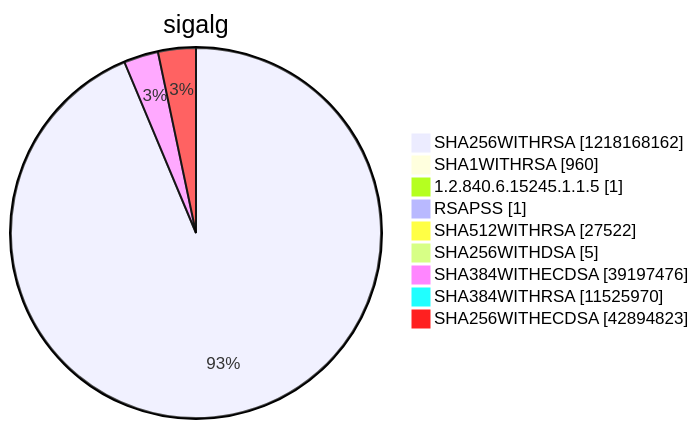
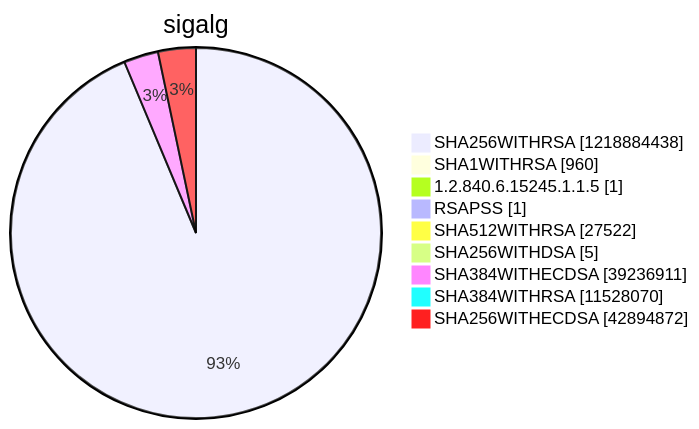
Before and after one commit to christiankrug/ctmonitor_visualization: diagram 15 of 15 in argon2022/README.md, drawn with Mermaid. The commit also changed other lines of this file, not shown here.

````diff
--- a/argon2022/README.md
+++ b/argon2022/README.md
@@ -5521,13 +5521,13 @@
 ```mermaid
 pie showData
 title sigalg
-"SHA256WITHRSA" :1218168162
+"SHA256WITHRSA" :1218884438
 "SHA1WITHRSA" :960
 "1.2.840.6.15245.1.1.5" :1
 "RSAPSS" :1
 "SHA512WITHRSA" :27522
 "SHA256WITHDSA" :5
-"SHA384WITHECDSA" :39197476
-"SHA384WITHRSA" :11525970
-"SHA256WITHECDSA" :42894823
+"SHA384WITHECDSA" :39236911
+"SHA384WITHRSA" :11528070
+"SHA256WITHECDSA" :42894872
 ```
````
